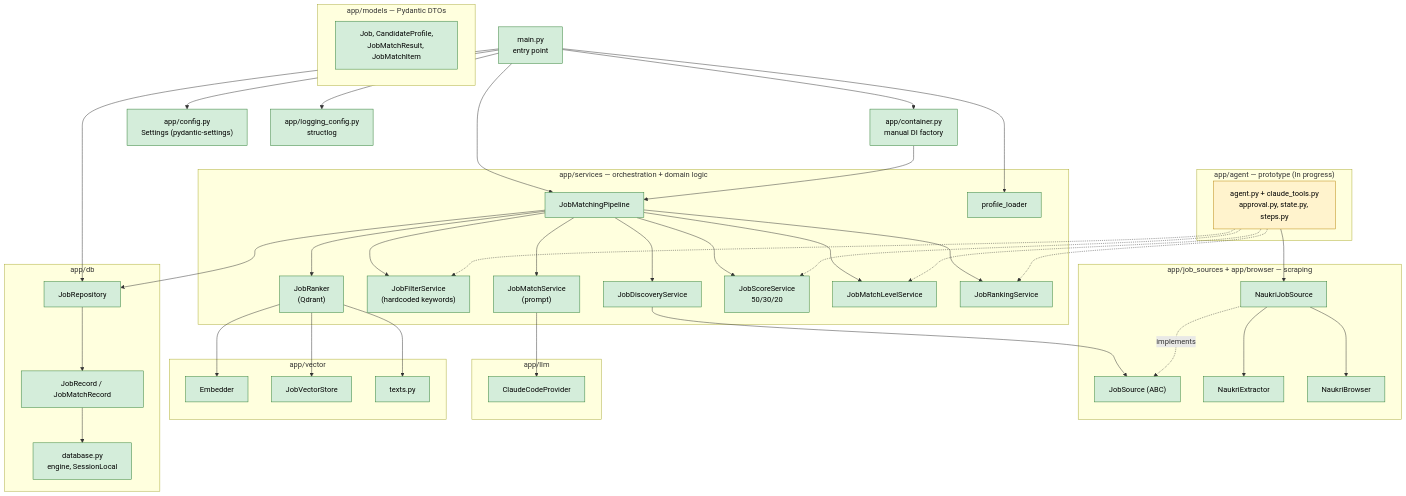
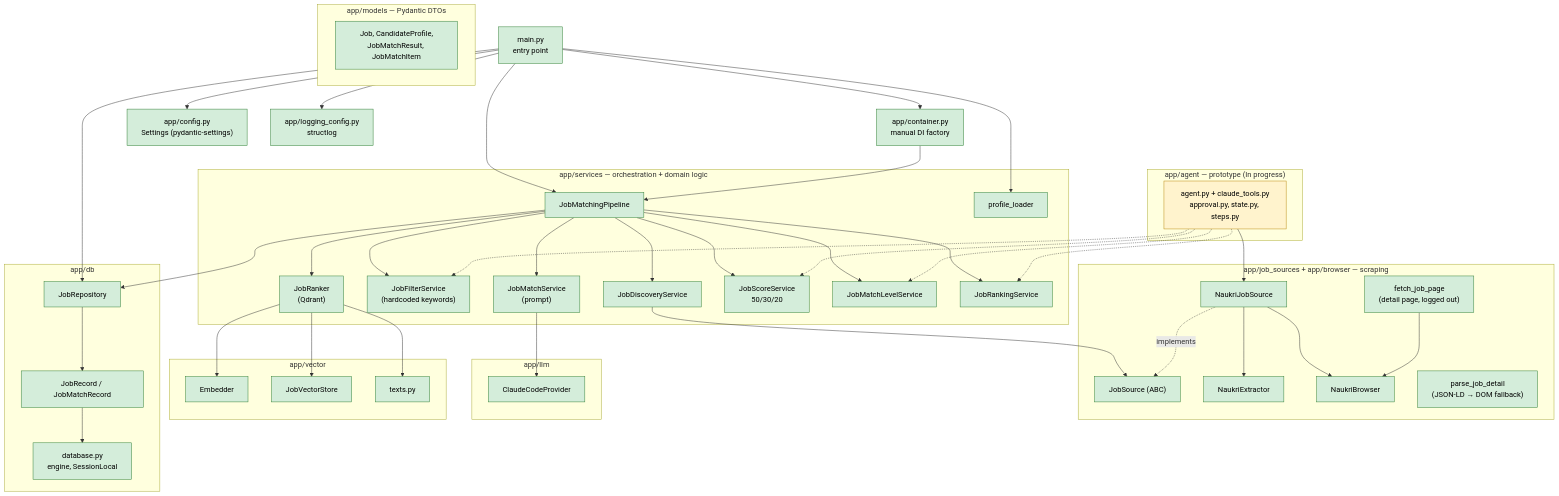
One commit to dhiraj849/Job_assistent changed the fourth of 4 diagrams in docs/02-architecture.md. Above: the diagram before and after it, drawn with Mermaid. The commit also changed other lines of this file and 6 other files, not shown here.

Commit message:
docs: document job detail-page fetch, detail columns and Qdrant v2

````diff
--- a/docs/02-architecture.md
+++ b/docs/02-architecture.md
@@ -125,69 +125,72 @@
 ```mermaid
 flowchart TB
     main["main.py<br/>entry point"]
     container["app/container.py<br/>manual DI factory"]
     config["app/config.py<br/>Settings (pydantic-settings)"]
     logcfg["app/logging_config.py<br/>structlog"]
 
     subgraph services["app/services — orchestration + domain logic"]
         pipe["JobMatchingPipeline"]
         disc["JobDiscoveryService"]
         filt["JobFilterService<br/>(hardcoded keywords)"]
         ranker["JobRanker<br/>(Qdrant)"]
         match["JobMatchService<br/>(prompt)"]
         score["JobScoreService<br/>50/30/20"]
         level["JobMatchLevelService"]
         rank["JobRankingService"]
         prof["profile_loader"]
     end
 
     subgraph sources["app/job_sources + app/browser — scraping"]
         js["JobSource (ABC)"]
         njs["NaukriJobSource"]
         ext["NaukriExtractor"]
         nb["NaukriBrowser"]
+        ndf["fetch_job_page<br/>(detail page, logged out)"]
+        ndp["parse_job_detail<br/>(JSON-LD → DOM fallback)"]
     end
 
     subgraph llm["app/llm"]
         ccp["ClaudeCodeProvider"]
     end
 
     subgraph vector["app/vector"]
         embd["Embedder"]
         store["JobVectorStore"]
         texts["texts.py"]
     end
 
     subgraph db["app/db"]
         repo["JobRepository"]
         models["JobRecord / JobMatchRecord"]
         dbconn["database.py<br/>engine, SessionLocal"]
     end
 
     subgraph models_p["app/models — Pydantic DTOs"]
         dto["Job, CandidateProfile,<br/>JobMatchResult, JobMatchItem"]
     end
 
     subgraph agent["app/agent — prototype (In progress)"]
         ag["agent.py + claude_tools.py<br/>approval.py, state.py, steps.py"]
     end
 
     main --> config & logcfg & prof & container
     main --> pipe
     main --> repo
     container --> pipe
     pipe --> disc --> js
     njs -. implements .-> js
     njs --> nb & ext
+    ndf --> nb
     pipe --> filt & ranker & match & score & level & rank
     pipe --> repo --> models --> dbconn
     ranker --> embd & store & texts
     match --> ccp
     ag --> njs
     ag -.-> filt & score & level & rank
 
     classDef built fill:#d4edda,stroke:#2e7d32,color:#000
     classDef wip fill:#fff3cd,stroke:#b8860b,color:#000
-    class main,container,config,logcfg,pipe,disc,filt,ranker,match,score,level,rank,prof,js,njs,ext,nb,ccp,embd,store,texts,repo,models,dbconn,dto built
+    class main,container,config,logcfg,pipe,disc,filt,ranker,match,score,level,rank,prof,js,njs,ext,nb,ndf,ndp,ccp,embd,store,texts,repo,models,dbconn,dto built
     class ag wip
 ```
````
